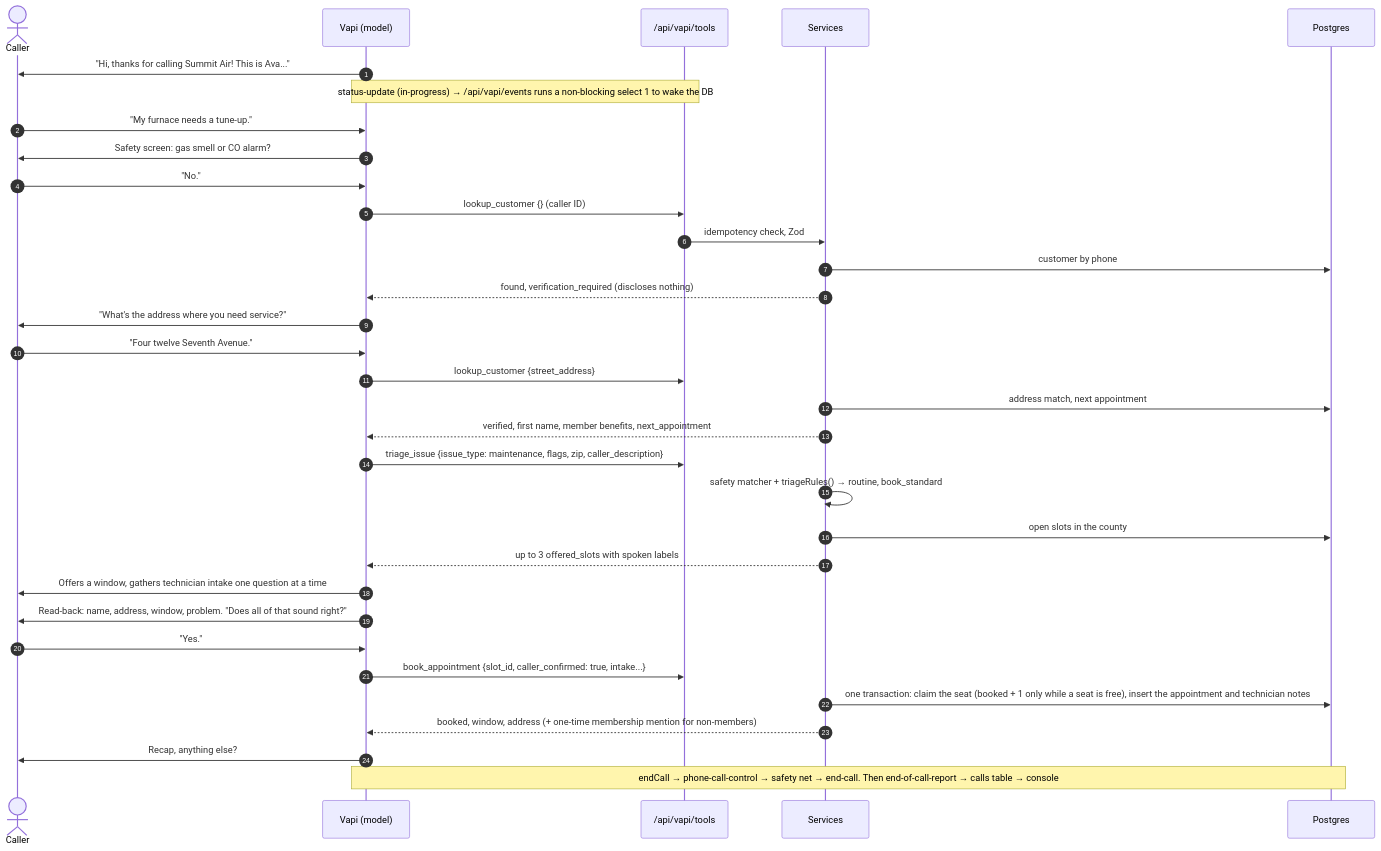
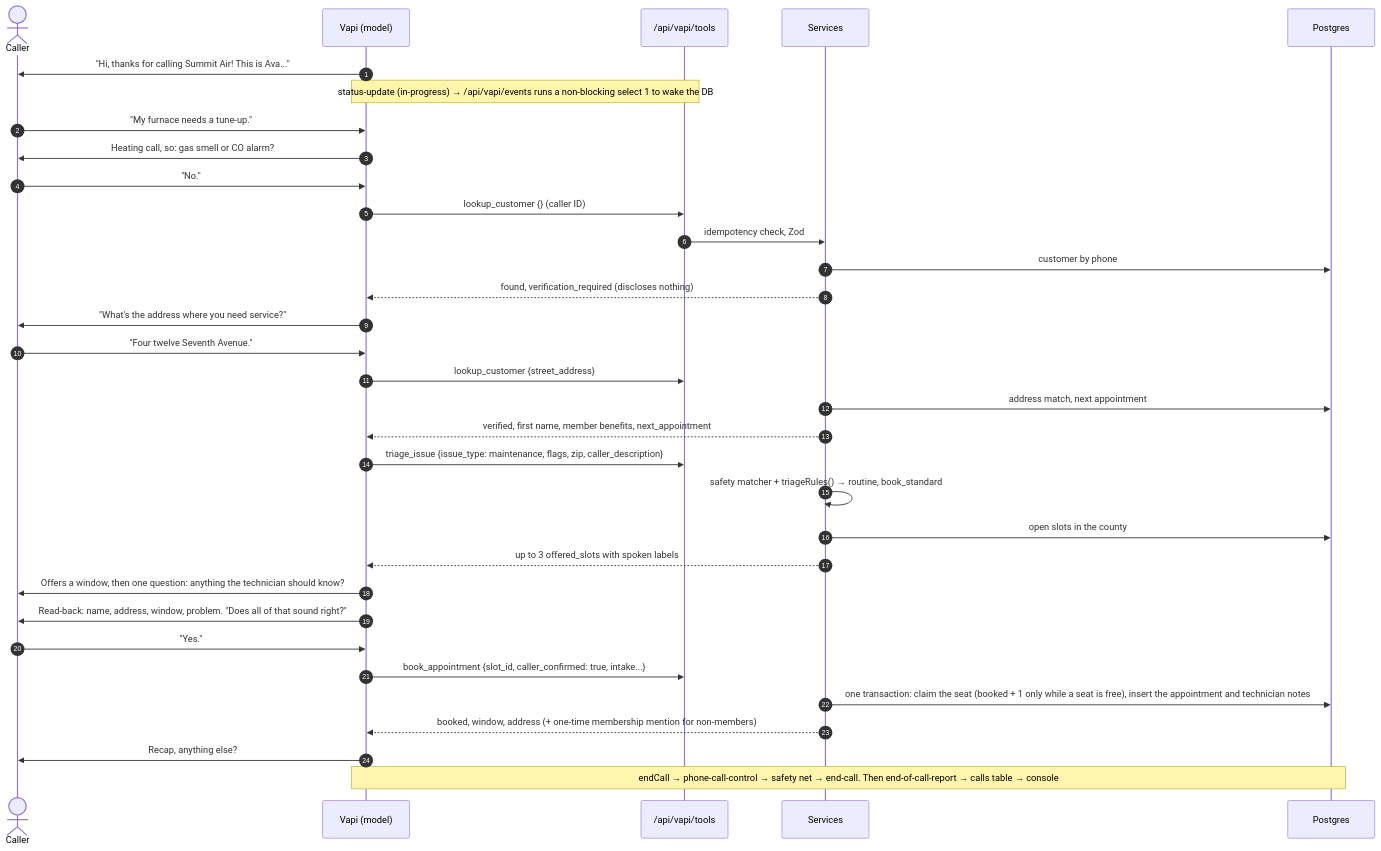
Before and after one commit to matthew-cahill-dev/summit-air-fde: the second of 2 diagrams in docs/ARCHITECTURE.md, drawn with Mermaid. The commit also changed 27 other files, not shown here.

````diff
--- a/docs/ARCHITECTURE.md
+++ b/docs/ARCHITECTURE.md
@@ -50,36 +50,36 @@
 ```mermaid
 sequenceDiagram
     autonumber
     actor C as Caller
     participant V as Vapi (model)
     participant T as /api/vapi/tools
     participant S as Services
     participant DB as Postgres
 
     V->>C: "Hi, thanks for calling Summit Air! This is Ava..."
     Note over V,T: status-update (in-progress) → /api/vapi/events runs a non-blocking select 1 to wake the DB
     C->>V: "My furnace needs a tune-up."
-    V->>C: Safety screen: gas smell or CO alarm?
+    V->>C: Heating call, so: gas smell or CO alarm?
     C->>V: "No."
     V->>T: lookup_customer {} (caller ID)
     T->>S: idempotency check, Zod
     S->>DB: customer by phone
     S-->>V: found, verification_required (discloses nothing)
     V->>C: "What's the address where you need service?"
     C->>V: "Four twelve Seventh Avenue."
     V->>T: lookup_customer {street_address}
     S->>DB: address match, next appointment
     S-->>V: verified, first name, member benefits, next_appointment
     V->>T: triage_issue {issue_type: maintenance, flags, zip, caller_description}
     S->>S: safety matcher + triageRules() → routine, book_standard
     S->>DB: open slots in the county
     S-->>V: up to 3 offered_slots with spoken labels
-    V->>C: Offers a window, gathers technician intake one question at a time
+    V->>C: Offers a window, then one question: anything the technician should know?
     V->>C: Read-back: name, address, window, problem. "Does all of that sound right?"
     C->>V: "Yes."
     V->>T: book_appointment {slot_id, caller_confirmed: true, intake...}
     S->>DB: one transaction: claim the seat (booked + 1 only while a seat is free), insert the appointment and technician notes
     S-->>V: booked, window, address (+ one-time membership mention for non-members)
     V->>C: Recap, anything else?
     Note over V,DB: endCall → phone-call-control → safety net → end-call. Then end-of-call-report → calls table → console
 ```
````
